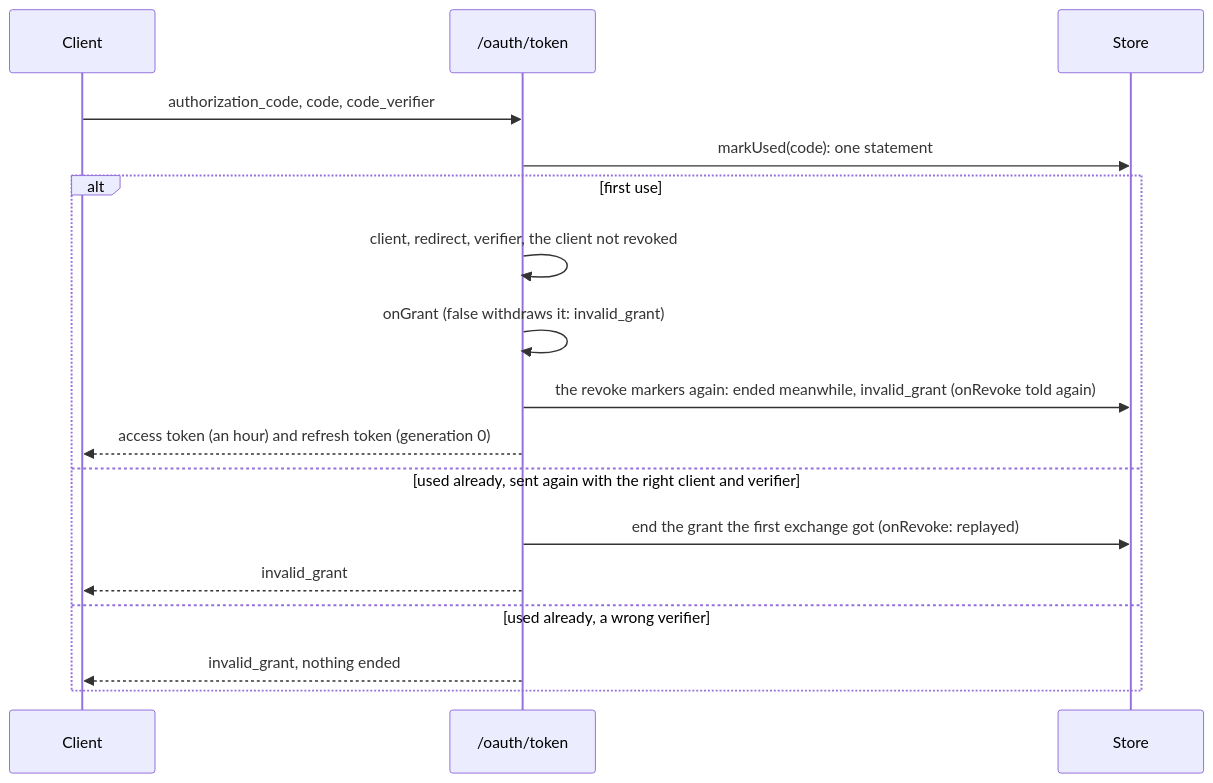
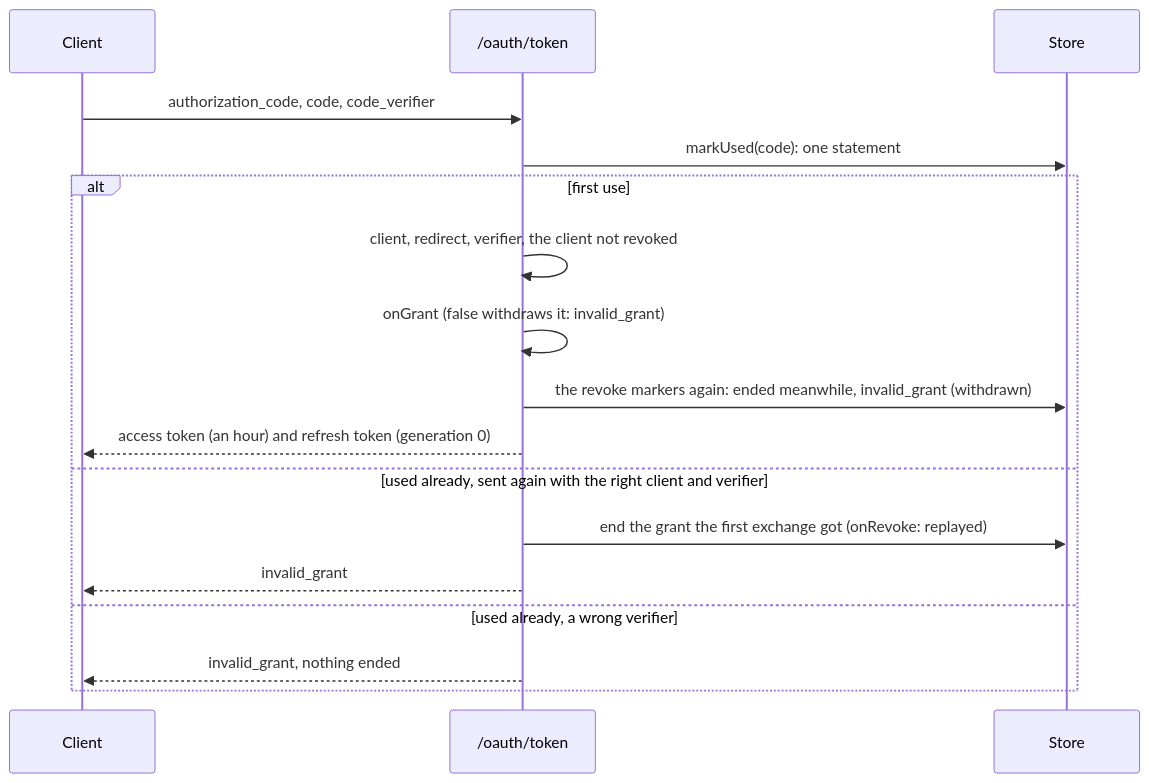
One commit to escalay/api-kit changed the third of 7 diagrams in src/oauth/README.md. Above: the diagram before and after it, drawn with Mermaid. The commit also changed other lines of this file and 42 other files, not shown here.

````diff
--- a/src/oauth/README.md
+++ b/src/oauth/README.md
@@ -265,19 +265,19 @@
 ```mermaid
 sequenceDiagram
   participant Client
   participant Token as /oauth/token
   participant Store
   Client->>Token: authorization_code, code, code_verifier
   Token->>Store: markUsed(code): one statement
   alt first use
     Token->>Token: client, redirect, verifier, the client not revoked
     Token->>Token: onGrant (false withdraws it: invalid_grant)
-    Token->>Store: the revoke markers again: ended meanwhile, invalid_grant (onRevoke told again)
+    Token->>Store: the revoke markers again: ended meanwhile, invalid_grant (withdrawn)
     Token-->>Client: access token (an hour) and refresh token (generation 0)
   else used already, sent again with the right client and verifier
     Token->>Store: end the grant the first exchange got (onRevoke: replayed)
     Token-->>Client: invalid_grant
   else used already, a wrong verifier
     Token-->>Client: invalid_grant, nothing ended
   end
 ```
````
